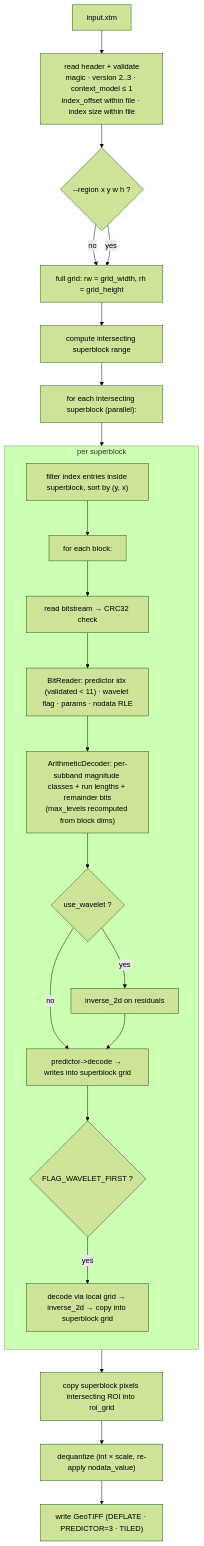
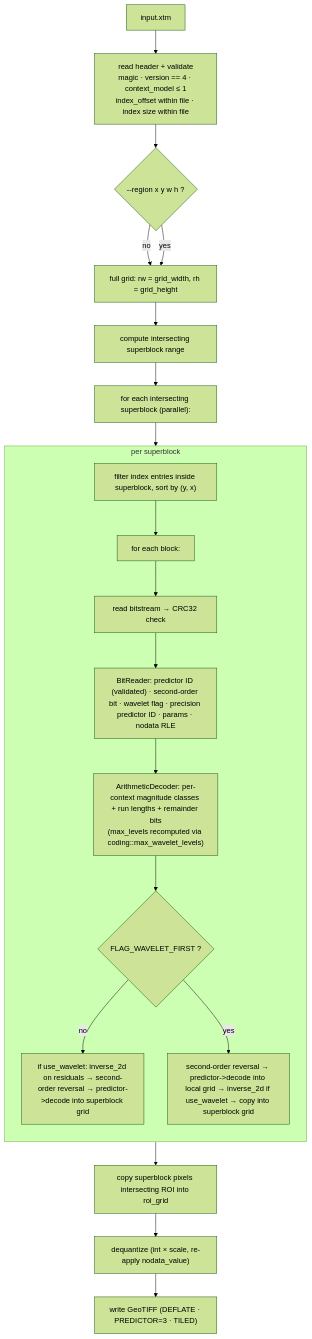
The ninth of 12 diagrams in docs/pipeline.md (yashwk/libxtm), drawn with Mermaid (forest theme) before and after one commit. The commit also changed other lines of this file and 70 other files, not shown here.

````diff
--- a/docs/pipeline.md
+++ b/docs/pipeline.md
@@ -355,29 +369,26 @@
 ```mermaid
 flowchart TB
-    X["input.xtm"] --> H["read header + validate<br/>magic · version 2..3 · context_model ≤ 1<br/>index_offset within file · index size within file"]
+    X["input.xtm"] --> H["read header + validate<br/>magic · version == 4 · context_model ≤ 1<br/>index_offset within file · index size within file"]
     H --> ROI{"--region x y w h ?"}
     ROI -- no --> ROI2["full grid: rw = grid_width, rh = grid_height"]
     ROI -- yes --> ROI2
     ROI2 --> SBX["compute intersecting superblock range"]
     SBX --> WORK["for each intersecting superblock (parallel):"]
 
     subgraph SB["per superblock"]
         direction TB
         W1["filter index entries inside superblock, sort by (y, x)"]
         W2["for each block:"]
         W3["read bitstream → CRC32 check"]
-        W4["BitReader: predictor idx (validated < 11) · wavelet flag · params · nodata RLE"]
-        W5["ArithmeticDecoder: per-subband magnitude classes + run lengths + remainder bits<br/>(max_levels recomputed from block dims)"]
-        W6{"use_wavelet ?"}
-        W6 -- yes --> W7["inverse_2d on residuals"]
-        W6 -- no --> W8
-        W7 --> W8["predictor->decode → writes into superblock grid"]
-        W8 --> W9{"FLAG_WAVELET_FIRST ?"}
-        W9 -- yes --> W10["decode via local grid → inverse_2d → copy into superblock grid"]
+        W4["BitReader: predictor ID (validated) · second-order bit · wavelet flag · precision predictor ID · params · nodata RLE"]
+        W5["ArithmeticDecoder: per-context magnitude classes + run lengths + remainder bits<br/>(max_levels recomputed via coding::max_wavelet_levels)"]
+        W6{"FLAG_WAVELET_FIRST ?"}
+        W6 -- no --> W7["if use_wavelet: inverse_2d on residuals → second-order reversal → predictor->decode into superblock grid"]
+        W6 -- yes --> W8["second-order reversal → predictor->decode into local grid → inverse_2d if use_wavelet → copy into superblock grid"]
         W1 --> W2 --> W3 --> W4 --> W5 --> W6
     end
 
     WORK --> SB --> MERGE["copy superblock pixels intersecting ROI into roi_grid"]
     MERGE --> DQ["dequantize (int × scale, re-apply nodata_value)"]
     DQ --> OUT["write GeoTIFF (DEFLATE · PREDICTOR=3 · TILED)"]
 ```
````
